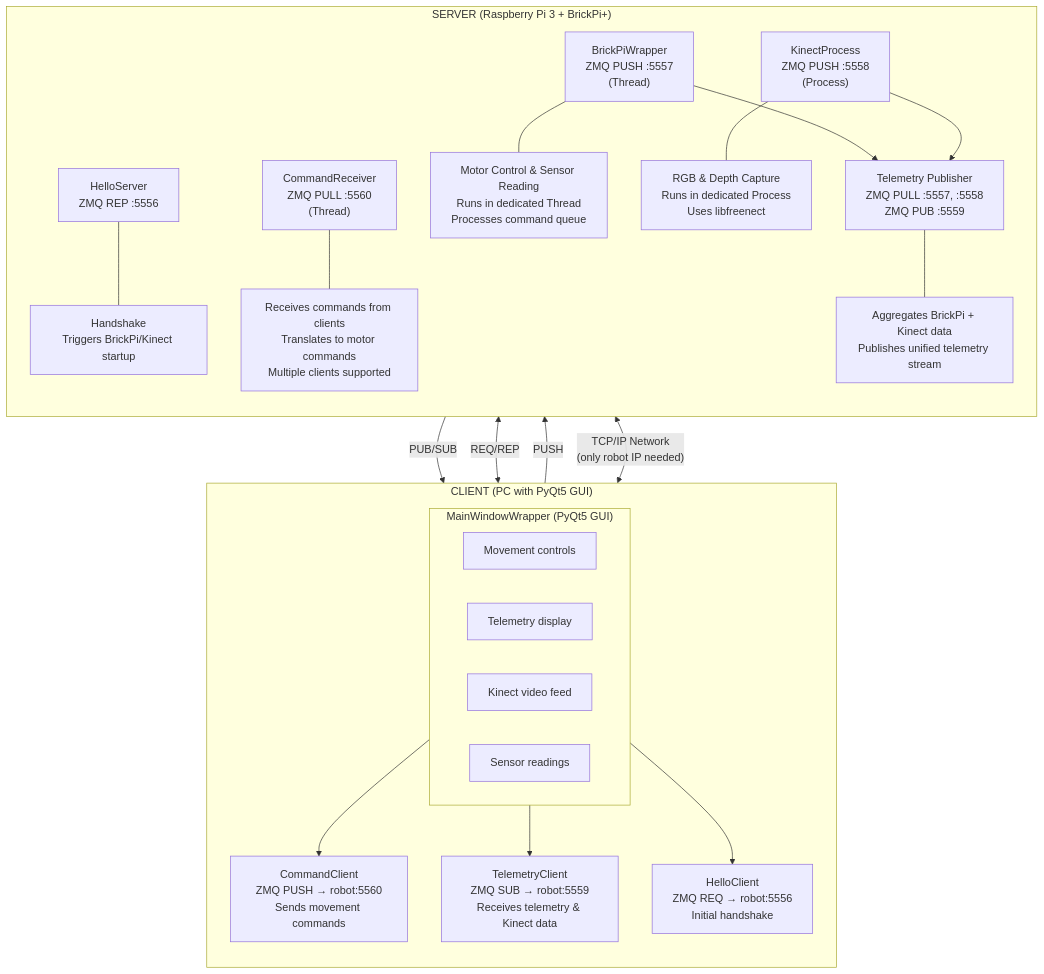
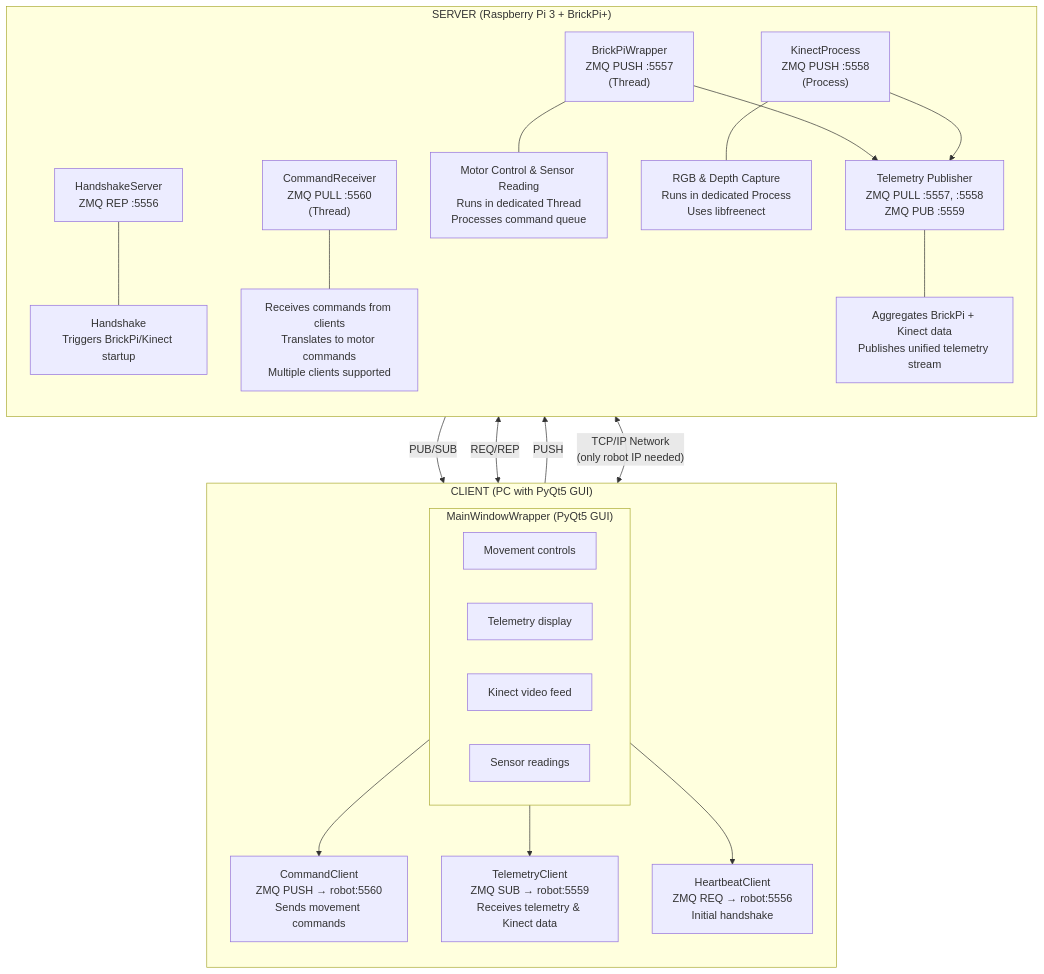
One commit to KrystianMarek/rpi_lego_robot changed the first of 3 diagrams in doc/architecture.md. Above: the diagram before and after it, drawn with Mermaid. The commit also changed other lines of this file and 4 other files, not shown here.

````diff
--- a/doc/architecture.md
+++ b/doc/architecture.md
@@ -7,51 +7,51 @@
 ```mermaid
 flowchart TB
     subgraph CLIENT ["CLIENT (PC with PyQt5 GUI)"]
         direction TB
         subgraph GUI ["MainWindowWrapper (PyQt5 GUI)"]
             G1["Movement controls"]
             G2["Telemetry display"]
             G3["Kinect video feed"]
             G4["Sensor readings"]
         end
 
         CC["CommandClient\nZMQ PUSH → robot:5560\nSends movement commands"]
         TC["TelemetryClient\nZMQ SUB → robot:5559\nReceives telemetry & Kinect data"]
-        HC["HelloClient\nZMQ REQ → robot:5556\nInitial handshake"]
+        HC["HeartbeatClient\nZMQ REQ → robot:5556\nInitial handshake"]
 
         GUI --> CC
         GUI --> TC
         GUI --> HC
     end
 
     subgraph SERVER ["SERVER (Raspberry Pi 3 + BrickPi+)"]
         direction TB
-        HS["HelloServer\nZMQ REP :5556"]
+        HS["HandshakeServer\nZMQ REP :5556"]
         HS_DESC["Handshake\nTriggers BrickPi/Kinect startup"]
         HS --- HS_DESC
 
         CR["CommandReceiver\nZMQ PULL :5560\n(Thread)"]
         CR_DESC["Receives commands from clients\nTranslates to motor commands\nMultiple clients supported"]
         CR --- CR_DESC
 
         BPW["BrickPiWrapper\nZMQ PUSH :5557\n(Thread)"]
         BPW_DESC["Motor Control & Sensor Reading\nRuns in dedicated Thread\nProcesses command queue"]
         BPW --- BPW_DESC
 
         KP["KinectProcess\nZMQ PUSH :5558\n(Process)"]
         KP_DESC["RGB & Depth Capture\nRuns in dedicated Process\nUses libfreenect"]
         KP --- KP_DESC
 
         TP["Telemetry Publisher\nZMQ PULL :5557, :5558\nZMQ PUB :5559"]
         TP_DESC["Aggregates BrickPi + Kinect data\nPublishes unified telemetry stream"]
         TP --- TP_DESC
 
         BPW --> TP
         KP --> TP
     end
 
     CLIENT <-->|"TCP/IP Network\n(only robot IP needed)"| SERVER
     HC <-->|REQ/REP| HS
     CC -->|PUSH| CR
     TP -->|PUB/SUB| TC
 ```
````
